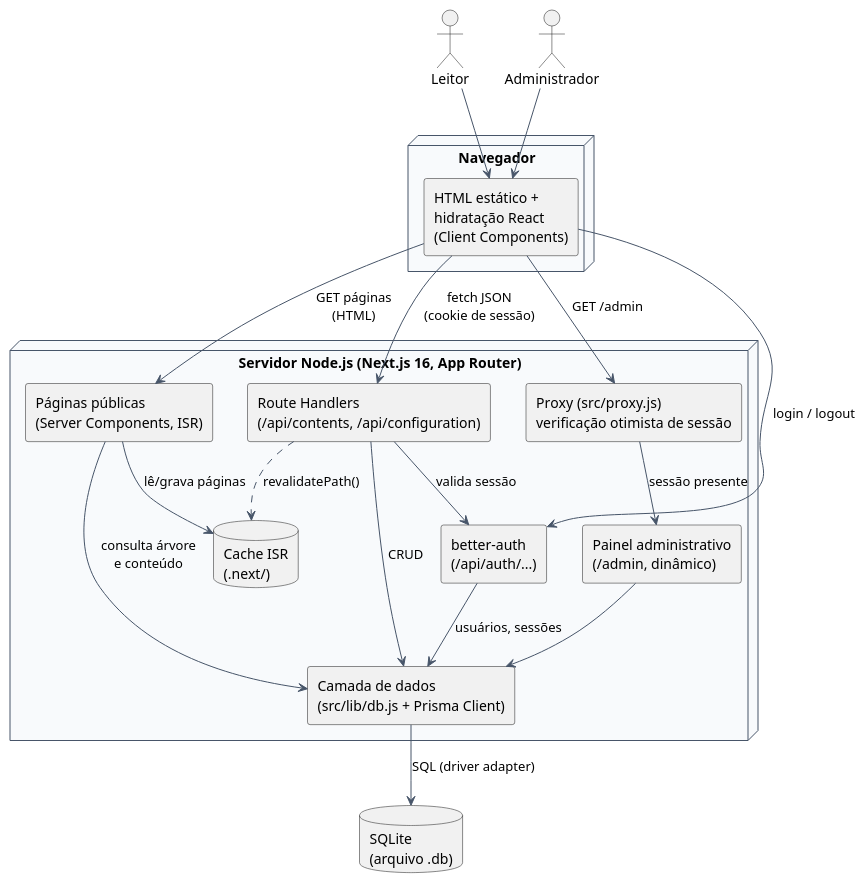
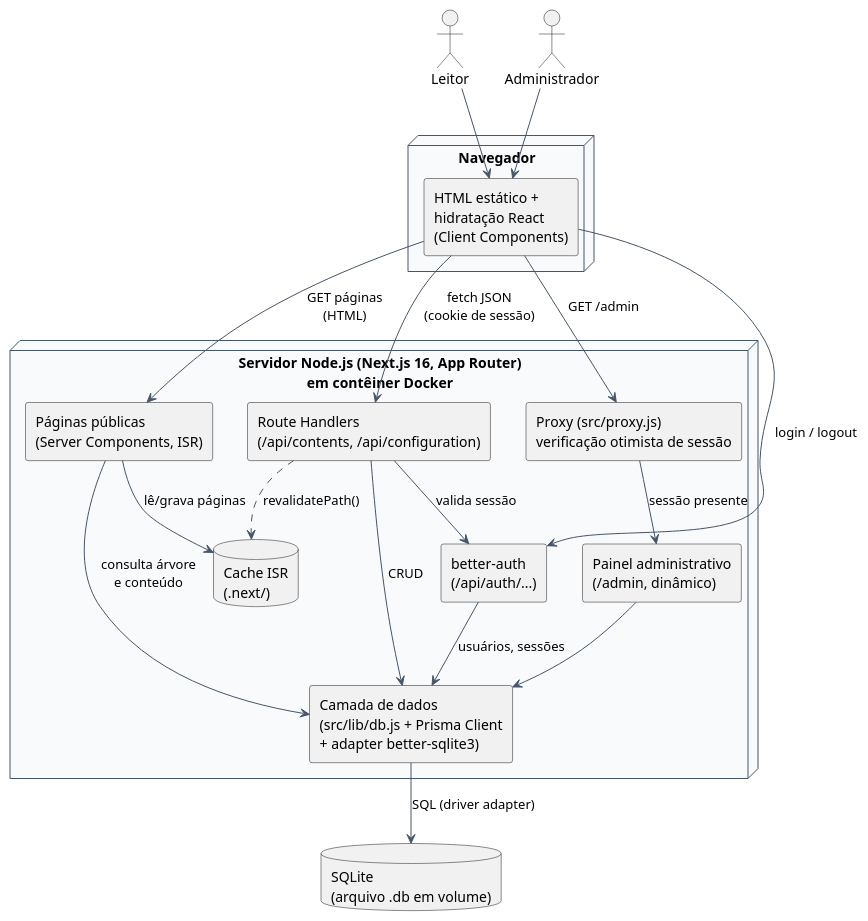
The diagram in doc/diagrams/src/arq-conteineres.puml (fromcaio/vitrine), drawn with PlantUML before and after one commit. The commit also changed 29 other files, not shown here.

```diff
--- a/doc/diagrams/src/arq-conteineres.puml
+++ b/doc/diagrams/src/arq-conteineres.puml
@@ -1,50 +1,51 @@
 @startuml arq-conteineres
 ' ===========================================================================
 ' Vitrine - Arquitetura: diagrama de contêineres (nível 2 do modelo C4)
 ' Figura: fig:arq-conteineres (doc/tex/capitulos/cap5_arquitetura.tex)
-' Um único processo Node.js (Next.js) + um arquivo SQLite. Sem serviços externos.
+' Um único processo Node.js (Next.js), empacotado em uma imagem Docker (ADR-011),
+' + um arquivo SQLite em volume. Sem serviços externos.
 ' ===========================================================================
 skinparam shadowing false
 skinparam defaultFontName Arial
 skinparam ArrowColor #475569
 skinparam componentStyle rectangle
 skinparam node {
   BackgroundColor #F8FAFC
   BorderColor #475569
 }
 
 actor "Leitor" as Leitor
 actor "Administrador" as Admin
 
 node "Navegador" as Browser {
   component "HTML estático +\nhidratação React\n(Client Components)" as Web
 }
 
-node "Servidor Node.js (Next.js 16, App Router)" as Server {
+node "Servidor Node.js (Next.js 16, App Router)\nem contêiner Docker" as Server {
   component "Páginas públicas\n(Server Components, ISR)" as Pub
   component "Painel administrativo\n(/admin, dinâmico)" as Adm
   component "Route Handlers\n(/api/contents, /api/configuration)" as Api
   component "better-auth\n(/api/auth/...)" as Auth
   component "Proxy (src/proxy.js)\nverificação otimista de sessão" as Proxy
-  component "Camada de dados\n(src/lib/db.js + Prisma Client)" as Data
+  component "Camada de dados\n(src/lib/db.js + Prisma Client\n+ adapter better-sqlite3)" as Data
   database "Cache ISR\n(.next/)" as Isr
 }
 
-database "SQLite\n(arquivo .db)" as Db
+database "SQLite\n(arquivo .db em volume)" as Db
 
 Leitor --> Web
 Admin --> Web
 Web --> Pub : GET páginas\n(HTML)
 Web --> Proxy : GET /admin
 Proxy --> Adm : sessão presente
 Web --> Api : fetch JSON\n(cookie de sessão)
 Web --> Auth : login / logout
 Pub --> Isr : lê/grava páginas
 Pub --> Data : consulta árvore\ne conteúdo
 Adm --> Data
 Api --> Auth : valida sessão
 Api --> Data : CRUD
 Api ..> Isr : revalidatePath()
 Auth --> Data : usuários, sessões
 Data --> Db : SQL (driver adapter)
 @enduml
```
